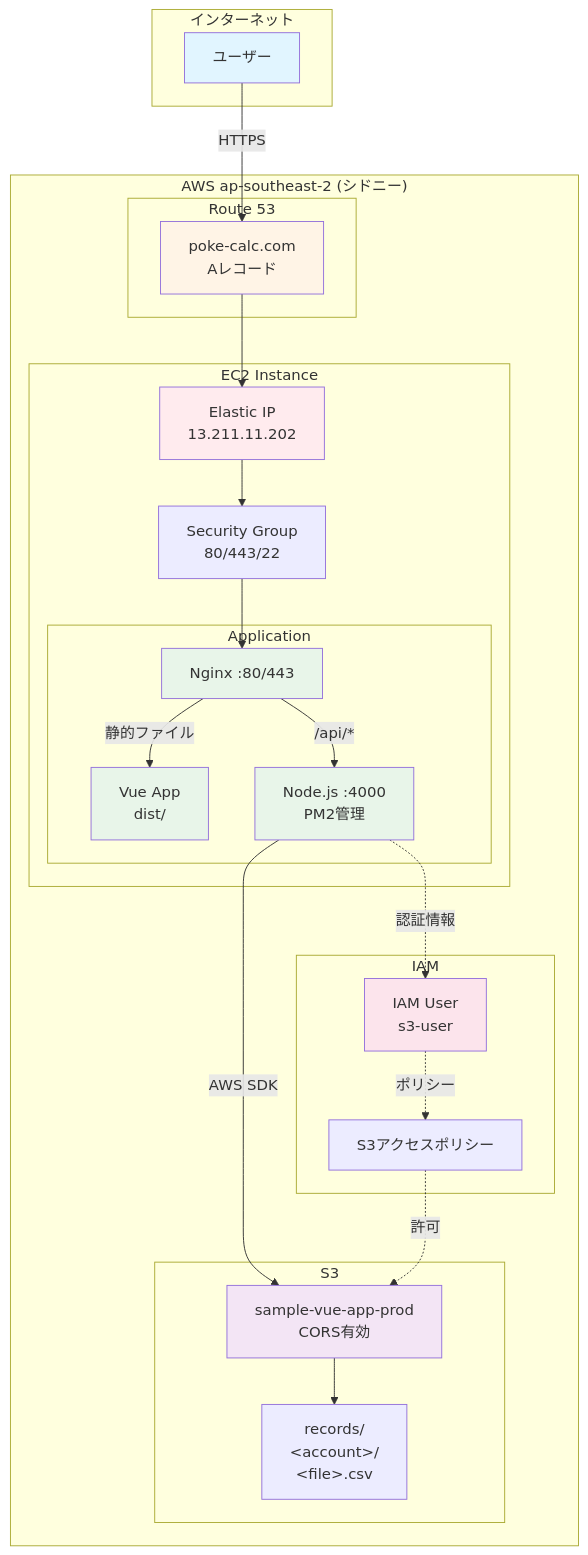
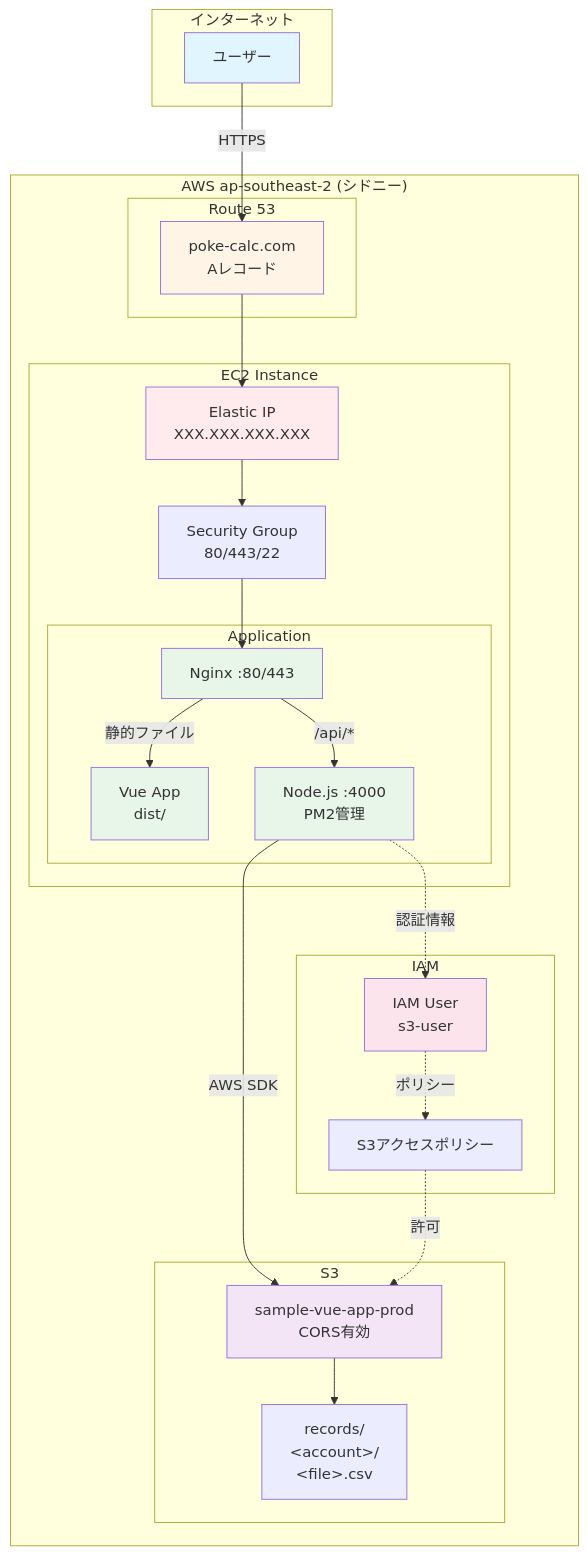
Before and after one commit to hisin-6/vue-project-sample: the second of 3 diagrams in docs/APP_OVERVIEW.md, drawn with Mermaid. The commit also changed other lines of this file and 1 other file, not shown here.

Commit message:
md修正

````diff
--- a/docs/APP_OVERVIEW.md
+++ b/docs/APP_OVERVIEW.md
@@ -170,54 +170,54 @@
 ```mermaid
 graph TB
     subgraph "インターネット"
         USER[ユーザー]
     end
 
     subgraph "AWS ap-southeast-2 (シドニー)"
         subgraph "Route 53"
             DNS[poke-calc.com<br/>Aレコード]
         end
 
         subgraph "EC2 Instance"
-            EIP[Elastic IP<br/>13.211.11.202]
+            EIP[Elastic IP<br/>XXX.XXX.XXX.XXX]
             SG[Security Group<br/>80/443/22]
 
             subgraph "Application"
                 NGINX[Nginx :80/443]
                 VUE[Vue App<br/>dist/]
                 NODE[Node.js :4000<br/>PM2管理]
             end
         end
 
         subgraph "S3"
             BUCKET[sample-vue-app-prod<br/>CORS有効]
             RECORDS[records/<br/>&lt;account&gt;/<br/>&lt;file&gt;.csv]
         end
 
         subgraph "IAM"
             IAM_USER[IAM User<br/>s3-user]
             IAM_POLICY[S3アクセスポリシー]
         end
     end
 
     USER -->|HTTPS| DNS
     DNS --> EIP
     EIP --> SG
     SG --> NGINX
     NGINX -->|静的ファイル| VUE
     NGINX -->|/api/*| NODE
     NODE -->|AWS SDK| BUCKET
     BUCKET --> RECORDS
     NODE -.認証情報.-> IAM_USER
     IAM_USER -.ポリシー.-> IAM_POLICY
     IAM_POLICY -.許可.-> BUCKET
 
     style USER fill:#e1f5ff
     style DNS fill:#fff4e6
     style EIP fill:#ffebee
     style NGINX fill:#e8f5e9
     style VUE fill:#e8f5e9
     style NODE fill:#e8f5e9
     style BUCKET fill:#f3e5f5
     style IAM_USER fill:#fce4ec
 ```
````
